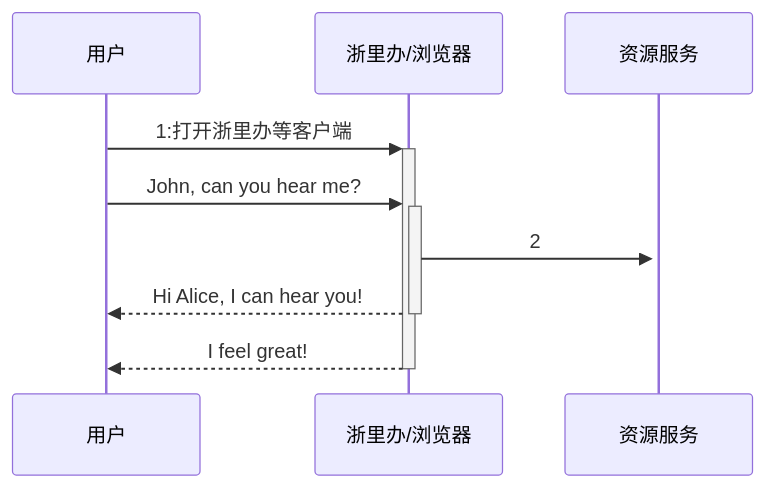
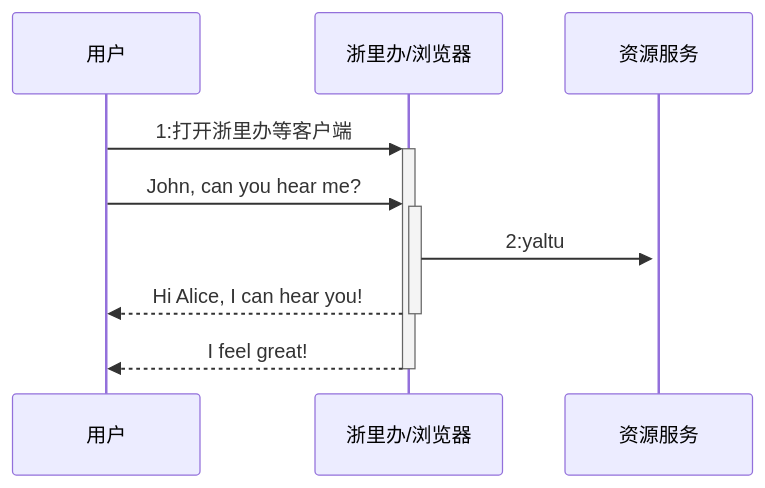
One commit to fifuntop/iodraw-files changed the diagram in all/居民端时序图.md. Above: the diagram before and after it, drawn with Mermaid.

Commit message:
2024-03-14 14:45:52 update

````diff
--- a/all/居民端时序图.md
+++ b/all/居民端时序图.md
@@ -1,9 +1,9 @@
 ```mermaid
 sequenceDiagram
     用户->>+浙里办/浏览器: 1:打开浙里办等客户端
     用户->>+浙里办/浏览器: John, can you hear me?
-    浙里办/浏览器->>+资源服务: 2
+    浙里办/浏览器->>+资源服务: 2:yaltu
     浙里办/浏览器-->>-用户: Hi Alice, I can hear you!
     浙里办/浏览器-->>-用户: I feel great!
             
 ```
````
